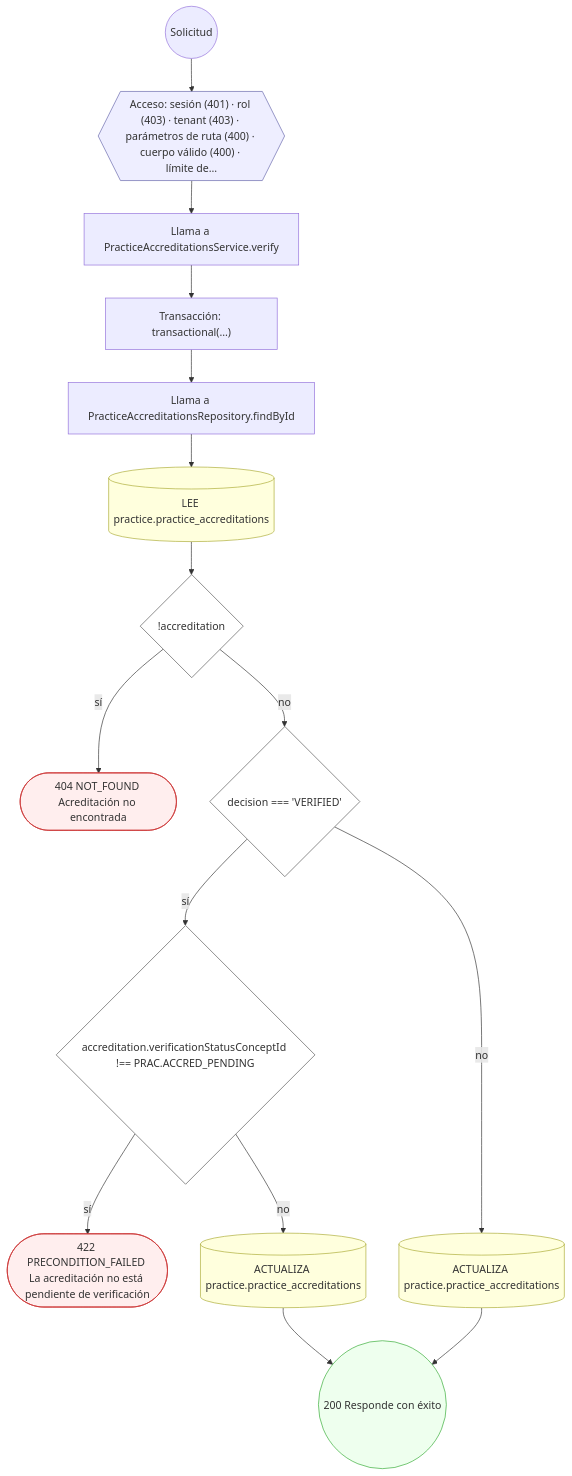
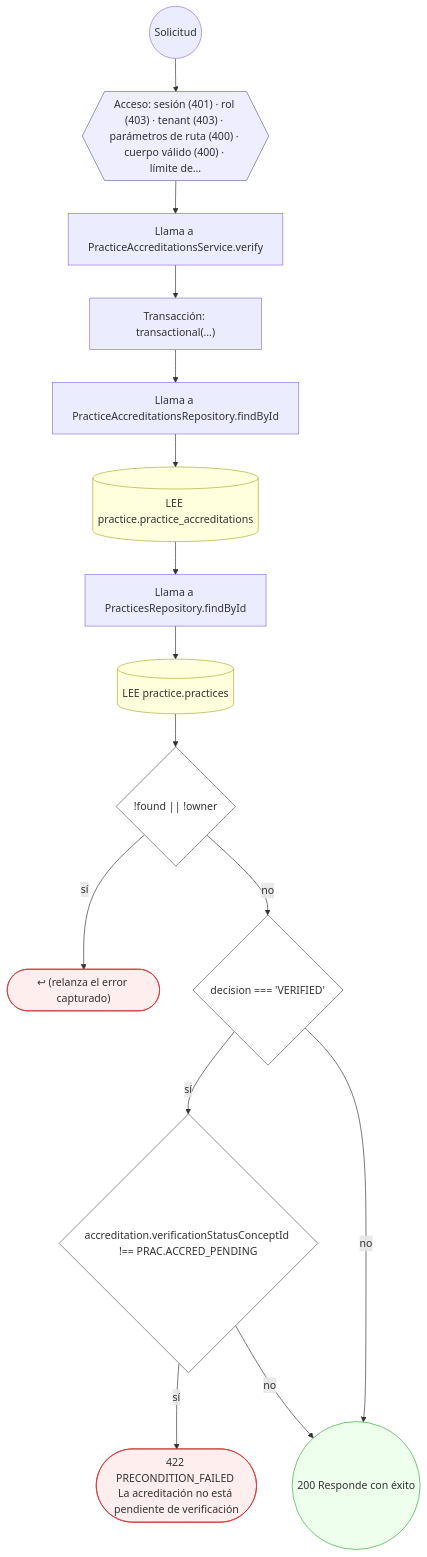
Before and after one commit to mdavila-2001/mantra-core-health-api: the fourth of 30 diagrams in docs/inventario/flujos/practice.md, drawn with Mermaid. The commit also changed other lines of this file and 438 other files, not shown here.

````diff
--- a/docs/inventario/flujos/practice.md
+++ b/docs/inventario/flujos/practice.md
@@ -358,37 +354,37 @@
 ```mermaid
 flowchart TD
   n1(("Solicitud")):::inicio
   n2{{"Acceso: sesión (401) · rol (403) · tenant (403) · parámetros de ruta (400) · cuerpo válido (400) · límite de…"}}:::acceso
   n1 --> n2
   n3["Llama a PracticeAccreditationsService.verify"]:::llamada
   n2 --> n3
   n4["Transacción: transactional(…)"]:::transaccion
   n3 --> n4
   n5["Llama a PracticeAccreditationsRepository.findById"]:::llamada
   n4 --> n5
   n6[("LEE practice.practice_accreditations")]:::efecto
   n5 --> n6
-  n7{"!accreditation"}:::decision
+  n7["Llama a PracticesRepository.findById"]:::llamada
   n6 --> n7
-  n8(["404 NOT_FOUND Acreditación no encontrada"]):::error
-  n7 -->|"sí"| n8
-  n9{"decision === 'VERIFIED'"}:::decision
-  n7 -->|"no"| n9
-  n10{"accreditation.verificationStatusConceptId !== PRAC.ACCRED_PENDING"}:::decision
+  n8[("LEE practice.practices")]:::efecto
+  n7 --> n8
+  n9{"!found || !owner"}:::decision
+  n8 --> n9
+  n10(["↩ (relanza el error capturado)"]):::error
   n9 -->|"sí"| n10
-  n11(["422 PRECONDITION_FAILED La acreditación no está pendiente de verificación"]):::error
-  n10 -->|"sí"| n11
-  n12[("ACTUALIZA practice.practice_accreditations")]:::efecto
-  n10 -->|"no"| n12
-  n13[("ACTUALIZA practice.practice_accreditations")]:::efecto
-  n9 -->|"no"| n13
+  n11{"decision === 'VERIFIED'"}:::decision
+  n9 -->|"no"| n11
+  n12{"accreditation.verificationStatusConceptId !== PRAC.ACCRED_PENDING"}:::decision
+  n11 -->|"sí"| n12
+  n13(["422 PRECONDITION_FAILED La acreditación no está pendiente de verificación"]):::error
+  n12 -->|"sí"| n13
   n14(("200 Responde con éxito")):::ok
-  n12 --> n14
-  n13 --> n14
+  n12 -->|"no"| n14
+  n11 -->|"no"| n14
   classDef acceso fill:#eef,stroke:#66a
   classDef error fill:#fee,stroke:#c33
   classDef ok fill:#efe,stroke:#3a3
   classDef efecto fill:#ffd,stroke:#aa3
   classDef decision fill:#fff,stroke:#555
   classDef corte fill:#eee,stroke:#999,stroke-dasharray: 4
 ```
````
